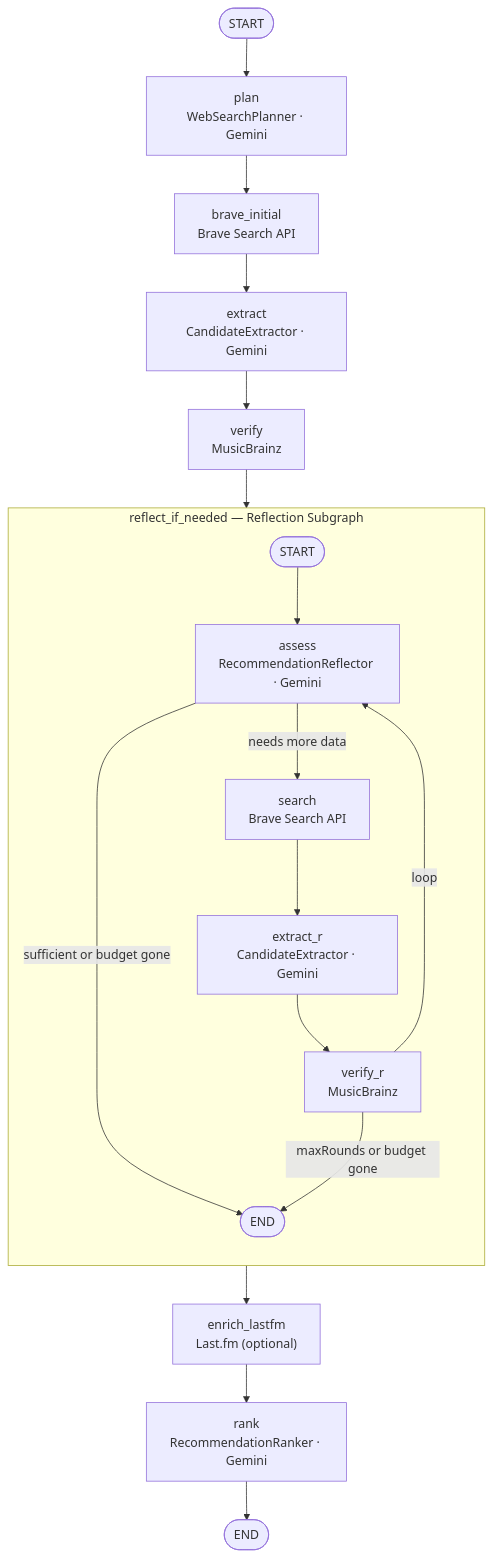
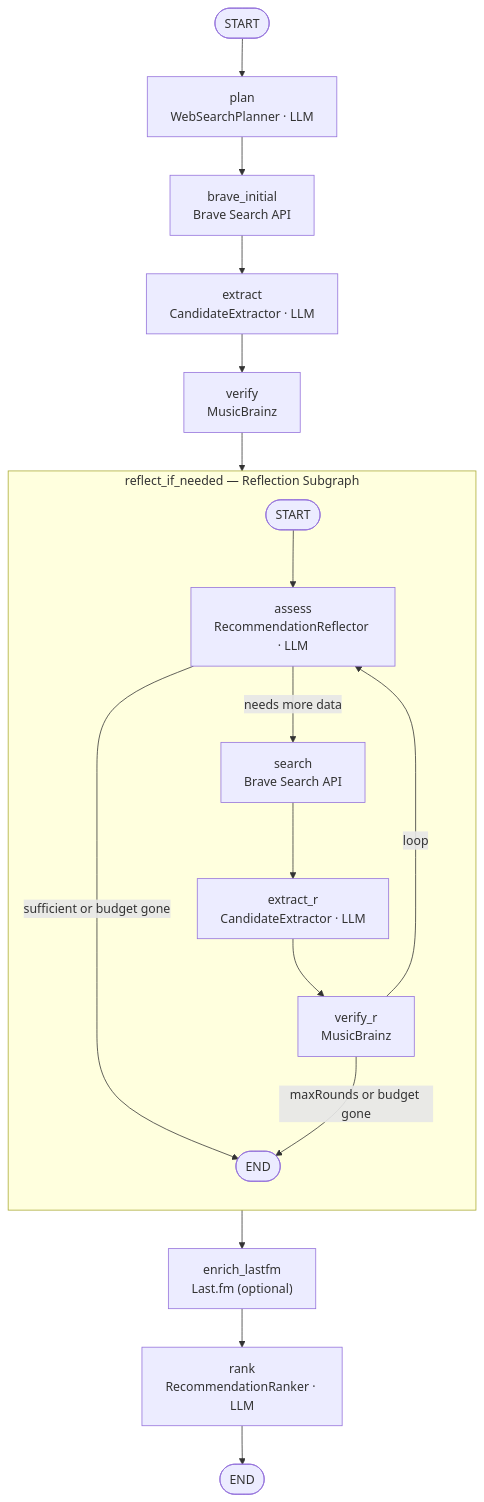
One commit to eikrad/bandsearch-app changed the diagram in README.md. Above: the diagram before and after it, drawn with Mermaid. The commit also changed other lines of this file and 8 other files, not shown here.

````diff
--- a/README.md
+++ b/README.md
@@ -21,23 +21,23 @@
 ```mermaid
 flowchart TD
-    START(["START"]) --> plan["plan\nWebSearchPlanner · Gemini"]
+    START(["START"]) --> plan["plan\nWebSearchPlanner · LLM"]
     plan --> brave_initial["brave_initial\nBrave Search API"]
-    brave_initial --> extract["extract\nCandidateExtractor · Gemini"]
+    brave_initial --> extract["extract\nCandidateExtractor · LLM"]
     extract --> verify["verify\nMusicBrainz"]
     verify --> reflect_if_needed
 
     subgraph reflect_if_needed["reflect_if_needed — Reflection Subgraph"]
         direction TD
-        subSTART(["START"]) --> assess["assess\nRecommendationReflector · Gemini"]
+        subSTART(["START"]) --> assess["assess\nRecommendationReflector · LLM"]
         assess -- "sufficient or budget gone" --> subEND(["END"])
         assess -- "needs more data" --> search["search\nBrave Search API"]
-        search --> extract_r["extract_r\nCandidateExtractor · Gemini"]
+        search --> extract_r["extract_r\nCandidateExtractor · LLM"]
         extract_r --> verify_r["verify_r\nMusicBrainz"]
         verify_r -- "maxRounds or budget gone" --> subEND
         verify_r -- "loop" --> assess
     end
 
     reflect_if_needed --> enrich_lastfm["enrich_lastfm\nLast.fm (optional)"]
-    enrich_lastfm --> rank["rank\nRecommendationRanker · Gemini"]
+    enrich_lastfm --> rank["rank\nRecommendationRanker · LLM"]
     rank --> END(["END"])
 ```
````
